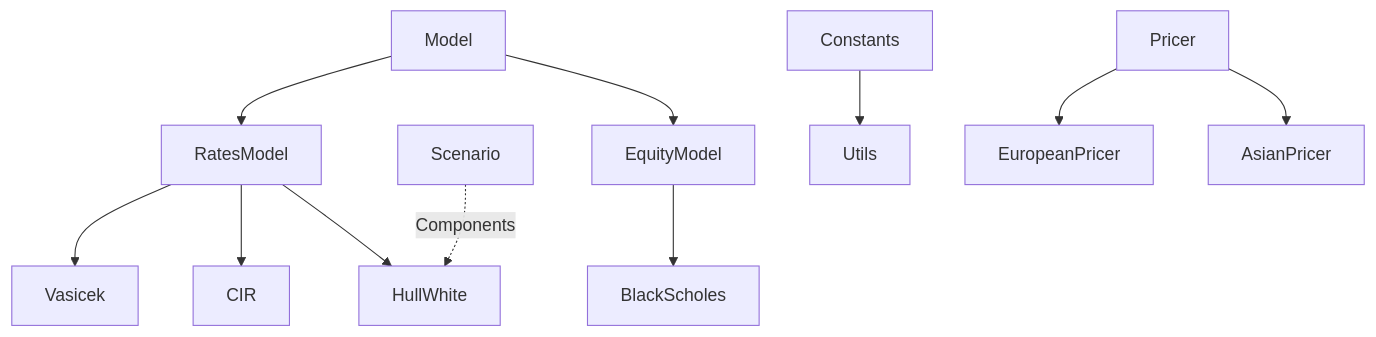
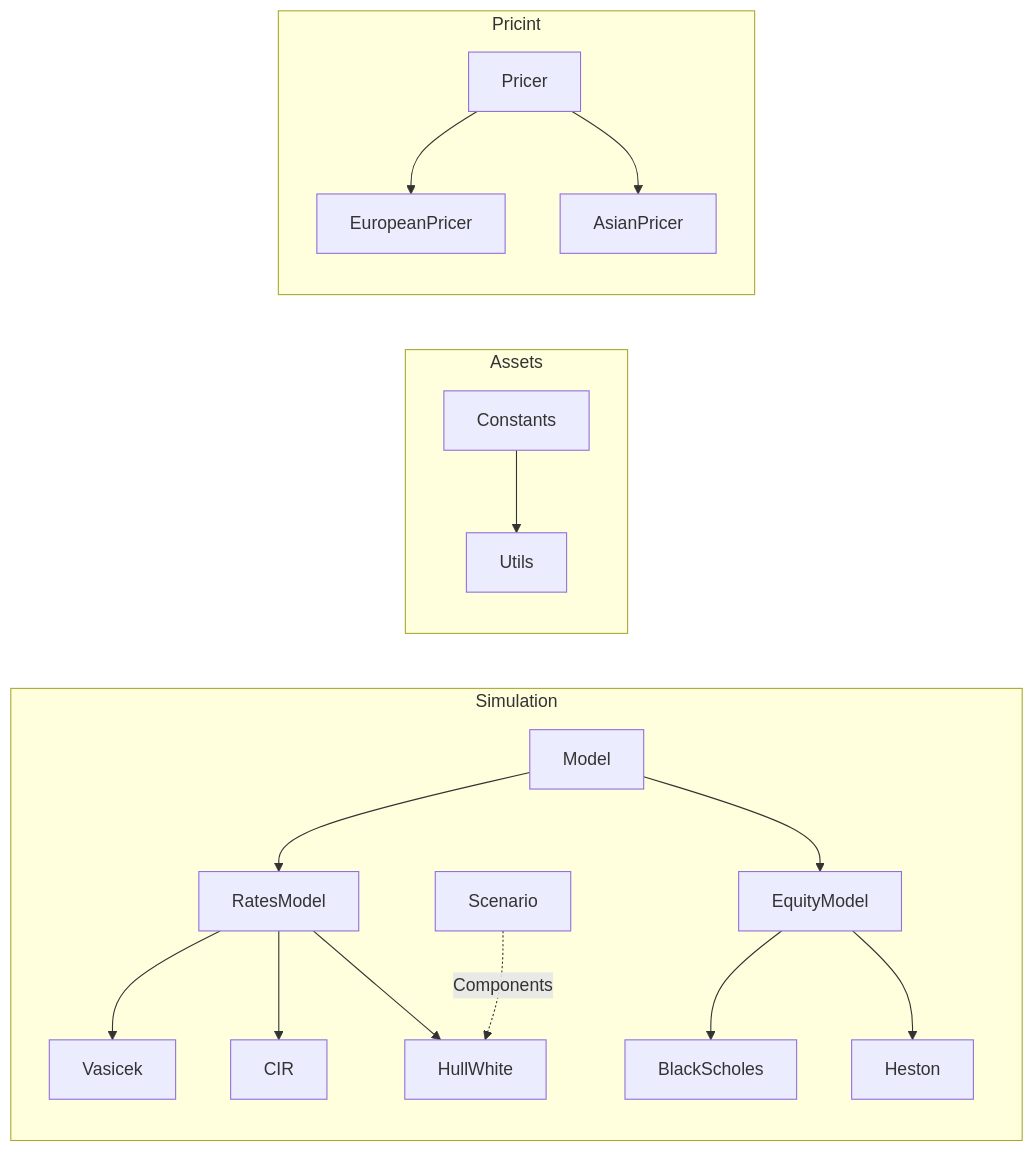
Before and after one commit to lcsrodriguez/CuttingEdge-Milliman: the diagram in README.md, drawn with Mermaid.

Commit message:
Update of class tree

````diff
--- a/README.md
+++ b/README.md
@@ -23,13 +23,20 @@
 ```mermaid
-  graph TD;
+  graph LR;
+      subgraph Simulation
       Model --> RatesModel
       Model --> EquityModel
       RatesModel --> Vasicek
       RatesModel --> CIR
       RatesModel --> HullWhite
       Scenario -. Components .-> HullWhite
       EquityModel --> BlackScholes
+      EquityModel --> Heston
+      end
+      subgraph Assets
       Constants --> Utils
+      end
+      subgraph Pricint
       Pricer --> EuropeanPricer
       Pricer --> AsianPricer
+      end
 ```
````
